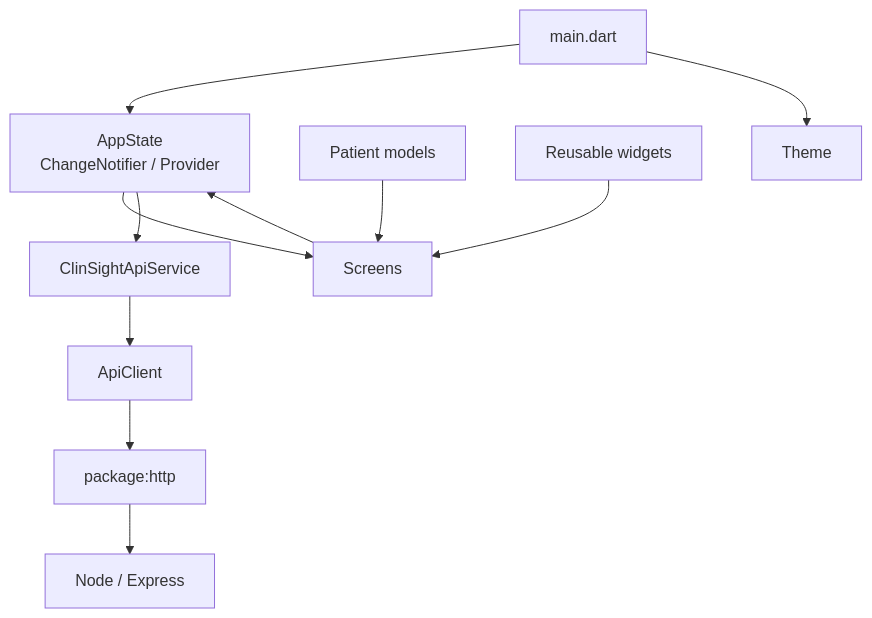
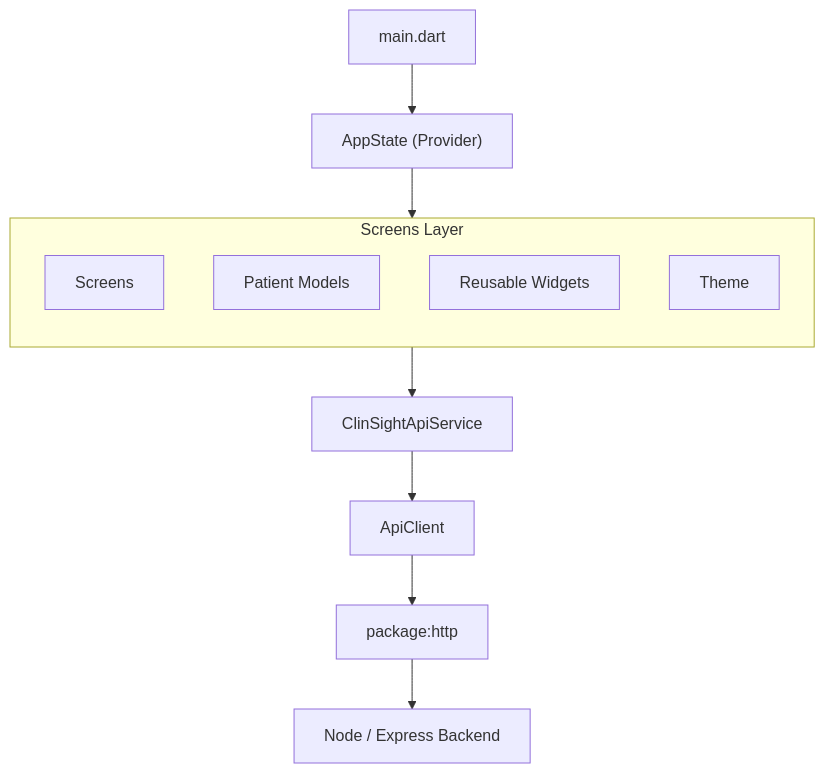
Before and after one commit to dipsitarout/ClinSight: the third of 8 diagrams in README.md, drawn with Mermaid. The commit also changed other lines of this file, not shown here.

````diff
--- a/README.md
+++ b/README.md
@@ -246,25 +222,19 @@
 ```mermaid
 flowchart TB
     Main["main.dart"]
-    State["AppState\nChangeNotifier / Provider"]
-    API["ClinSightApiService"]
-    Client["ApiClient"]
-    HTTP["package:http"]
-    Backend["Node / Express"]
+    Main --> State["AppState (Provider)"]
 
-    Screens["Screens"]
-    Models["Patient models"]
-    Widgets["Reusable widgets"]
-    Theme["Theme"]
+    subgraph Screens["Screens Layer"]
+        direction TB
+        Screens1["Screens"]
+        Models["Patient Models"]
+        Widgets["Reusable Widgets"]
+        Theme["Theme"]
+    end
 
-    Main --> State
-    Main --> Theme
     State --> Screens
-    Screens --> State
-    State --> API
-    API --> Client
-    Client --> HTTP
-    HTTP --> Backend
-    Models --> Screens
-    Widgets --> Screens
+    Screens --> API["ClinSightApiService"]
+    API --> Client["ApiClient"]
+    Client --> HTTP["package:http"]
+    HTTP --> Backend["Node / Express Backend"]
 ```
````
